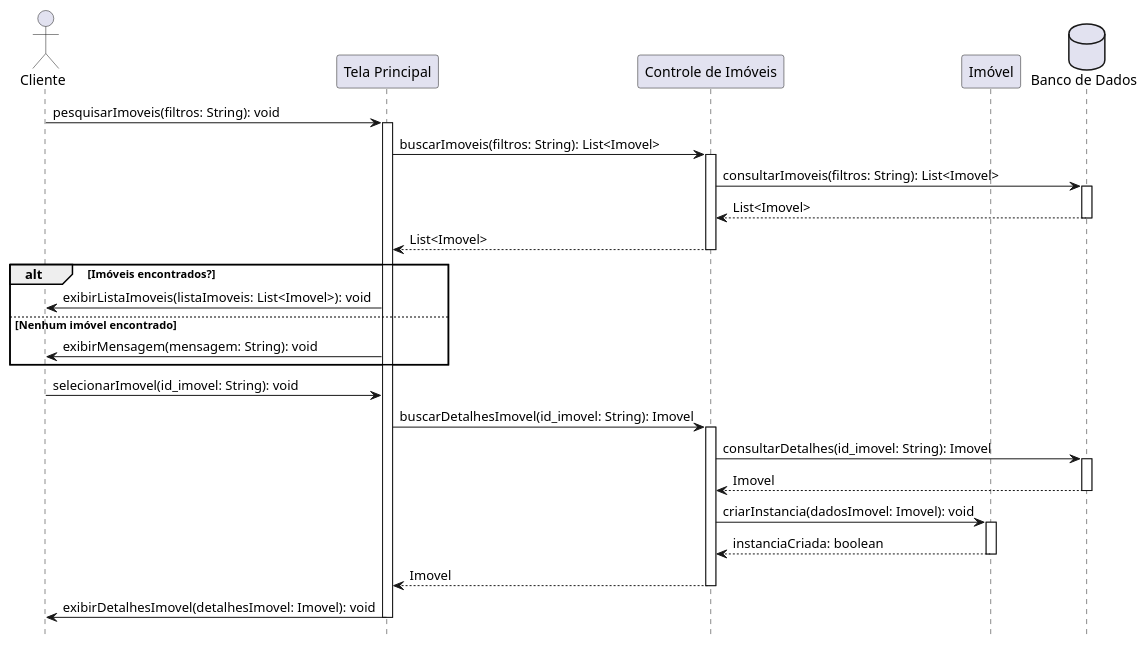
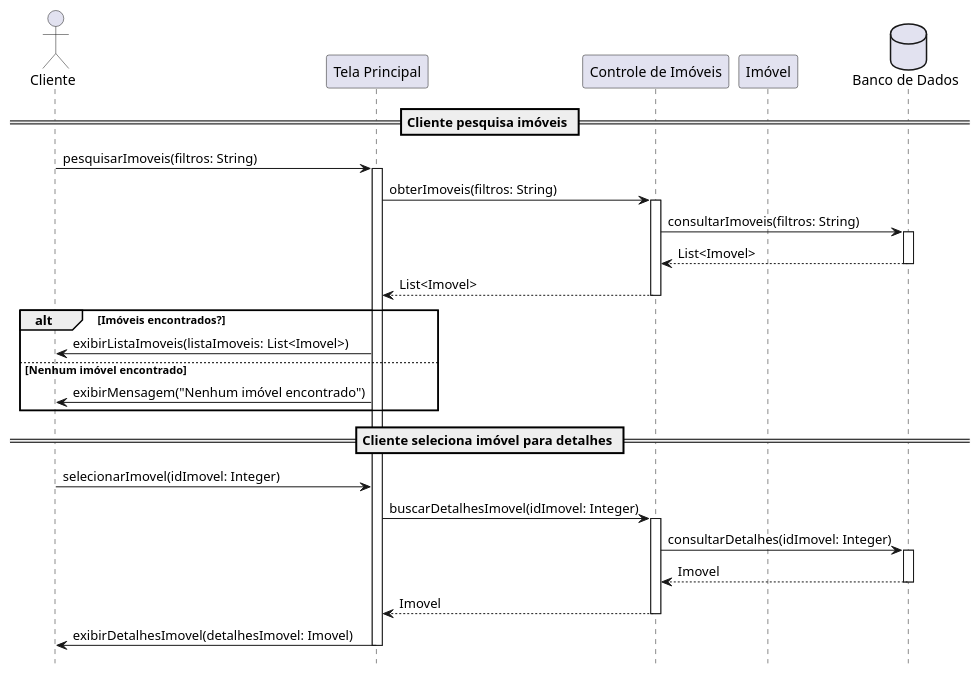
One commit to clarameira/SistemaImoveis changed the diagram in PROJETO APS/sequenciacliente2.iuml. Above: the diagram before and after it, drawn with PlantUML. The commit also changed 1 other file, not shown here.

Commit message:
Mudanças nos diagramas, locador com todas as ações e cliente com um estilo de separação diferente

```diff
--- a/PROJETO APS/sequenciacliente2.iuml
+++ b/PROJETO APS/sequenciacliente2.iuml
@@ -1,51 +1,50 @@
 @startuml "Visualizar Imóveis - Cliente"
 hide footbox
 
 actor Cliente as cliente
 participant "Tela Principal" as tela_principal
 participant "Controle de Imóveis" as controle_imoveis
 participant "Imóvel" as imovel
 database "Banco de Dados" as bd
 
-cliente -> tela_principal: pesquisarImoveis(filtros: String): void
+== Cliente pesquisa imóveis ==
+
+cliente -> tela_principal: pesquisarImoveis(filtros: String)
 activate tela_principal
 
-tela_principal -> controle_imoveis: buscarImoveis(filtros: String): List<Imovel>
+tela_principal -> controle_imoveis: obterImoveis(filtros: String)
 activate controle_imoveis
 
-controle_imoveis -> bd: consultarImoveis(filtros: String): List<Imovel>
+controle_imoveis -> bd: consultarImoveis(filtros: String)
 activate bd
 bd --> controle_imoveis: List<Imovel>
 deactivate bd
 
 controle_imoveis --> tela_principal: List<Imovel>
 deactivate controle_imoveis
 
 alt Imóveis encontrados?
-    tela_principal -> cliente: exibirListaImoveis(listaImoveis: List<Imovel>): void
+    tela_principal -> cliente: exibirListaImoveis(listaImoveis: List<Imovel>)
 else Nenhum imóvel encontrado
-    tela_principal -> cliente: exibirMensagem(mensagem: String): void
+    tela_principal -> cliente: exibirMensagem("Nenhum imóvel encontrado")
 end
 
-cliente -> tela_principal: selecionarImovel(id_imovel: String): void
-tela_principal -> controle_imoveis: buscarDetalhesImovel(id_imovel: String): Imovel
+== Cliente seleciona imóvel para detalhes ==
+
+cliente -> tela_principal: selecionarImovel(idImovel: Integer)
+tela_principal -> controle_imoveis: buscarDetalhesImovel(idImovel: Integer)
 activate controle_imoveis
 
-controle_imoveis -> bd: consultarDetalhes(id_imovel: String): Imovel
+controle_imoveis -> bd: consultarDetalhes(idImovel: Integer)
 activate bd
 bd --> controle_imoveis: Imovel
 deactivate bd
 
-controle_imoveis -> imovel: criarInstancia(dadosImovel: Imovel): void
-activate imovel
-imovel --> controle_imoveis: instanciaCriada: boolean
-deactivate imovel
-
 controle_imoveis --> tela_principal: Imovel
 deactivate controle_imoveis
 
-tela_principal -> cliente: exibirDetalhesImovel(detalhesImovel: Imovel): void
+tela_principal -> cliente: exibirDetalhesImovel(detalhesImovel: Imovel)
 
 deactivate tela_principal
 
 @enduml
```
